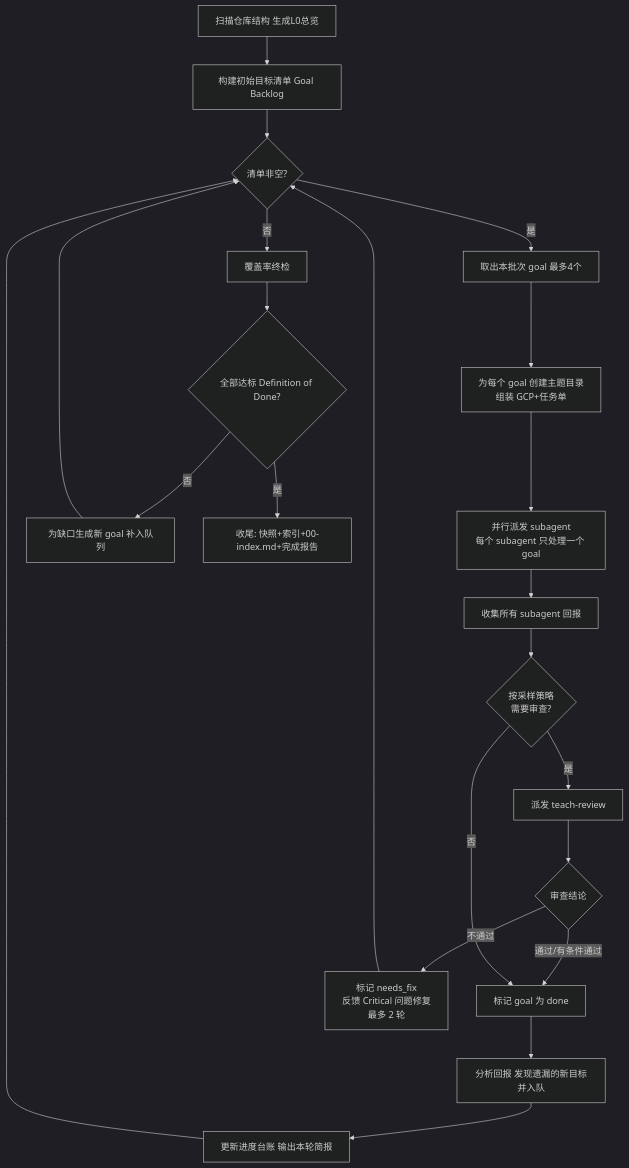
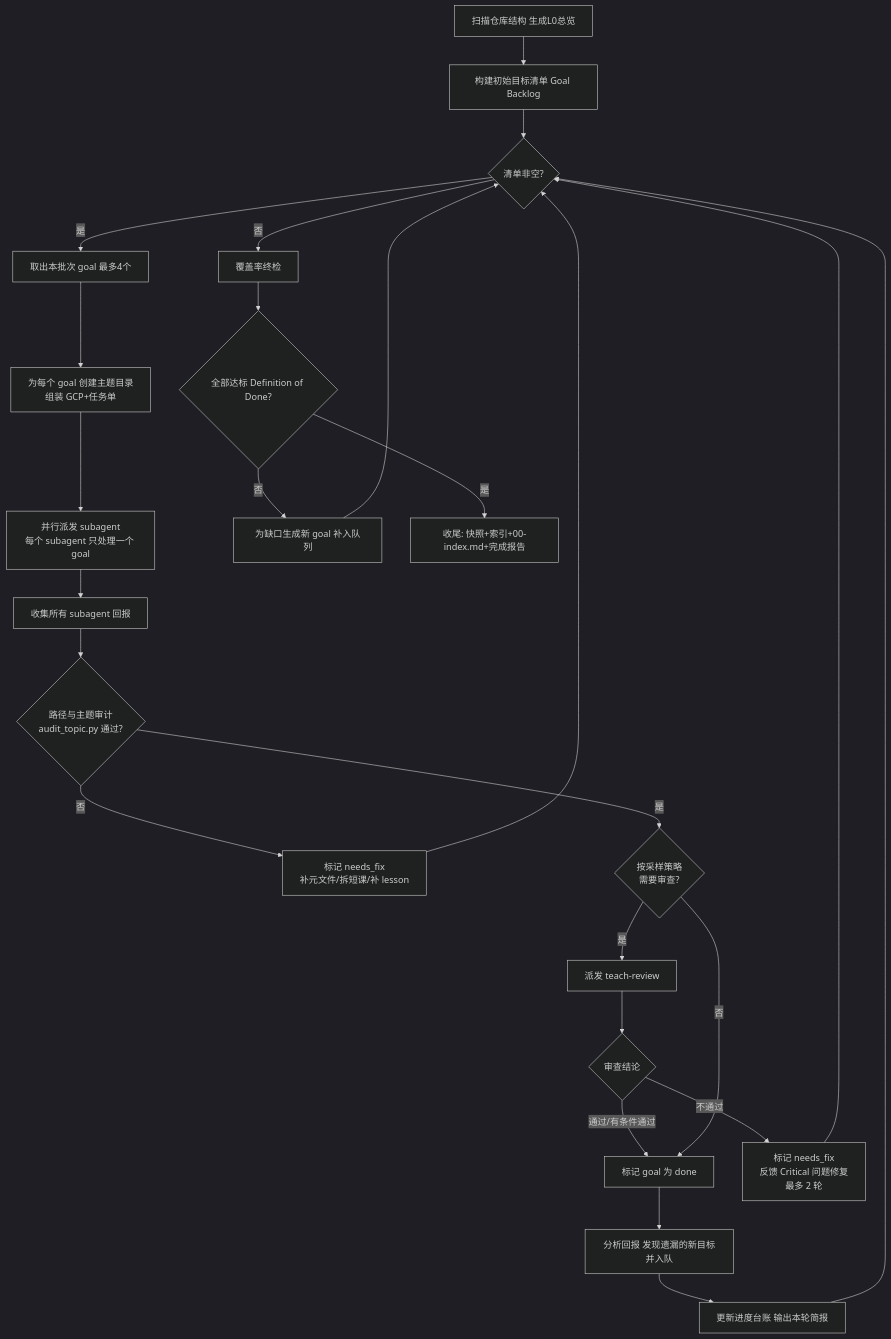
One commit to NAMEWTA/learning-open-code changed the diagram in .agents/skills/teach-goal/references/goal-loop.md. Above: the diagram before and after it, drawn with Mermaid (dark theme). The commit also changed other lines of this file and 1702 other files, not shown here.

````diff
--- a/.agents/skills/teach-goal/references/goal-loop.md
+++ b/.agents/skills/teach-goal/references/goal-loop.md
@@ -18,24 +20,27 @@
 ```mermaid
 flowchart TD
     A[扫描仓库结构 生成L0总览] --> B[构建初始目标清单 Goal Backlog]
     B --> C{清单非空?}
     C -- 否 --> H[覆盖率终检]
     C -- 是 --> D[取出本批次 goal 最多4个]
     D --> E["为每个 goal 创建主题目录<br/>组装 GCP+任务单"]
     E --> F["并行派发 subagent<br/>每个 subagent 只处理一个 goal"]
     F --> G[收集所有 subagent 回报]
-    G --> R{按采样策略<br/>需要审查?}
+    G --> A0{路径与主题审计<br/>audit_topic.py 通过?}
+    A0 -- 否 --> AF[标记 needs_fix<br/>补元文件/拆短课/补 lesson]
+    AF --> C
+    A0 -- 是 --> R{按采样策略<br/>需要审查?}
     R -- 是 --> RV[派发 teach-review]
     RV --> RD{审查结论}
     RD -- 通过/有条件通过 --> I[标记 goal 为 done]
     RD -- 不通过 --> RF[标记 needs_fix<br/>反馈 Critical 问题修复<br/>最多 2 轮]
     RF --> C
     R -- 否 --> I
     I --> N[分析回报 发现遗漏的新目标并入队]
     N --> P[更新进度台账 输出本轮简报]
     P --> C
     H --> J{全部达标 Definition of Done?}
     J -- 否 --> K[为缺口生成新 goal 补入队列]
     K --> C
     J -- 是 --> L[收尾: 快照+索引+00-index.md+完成报告]
 ```
````
